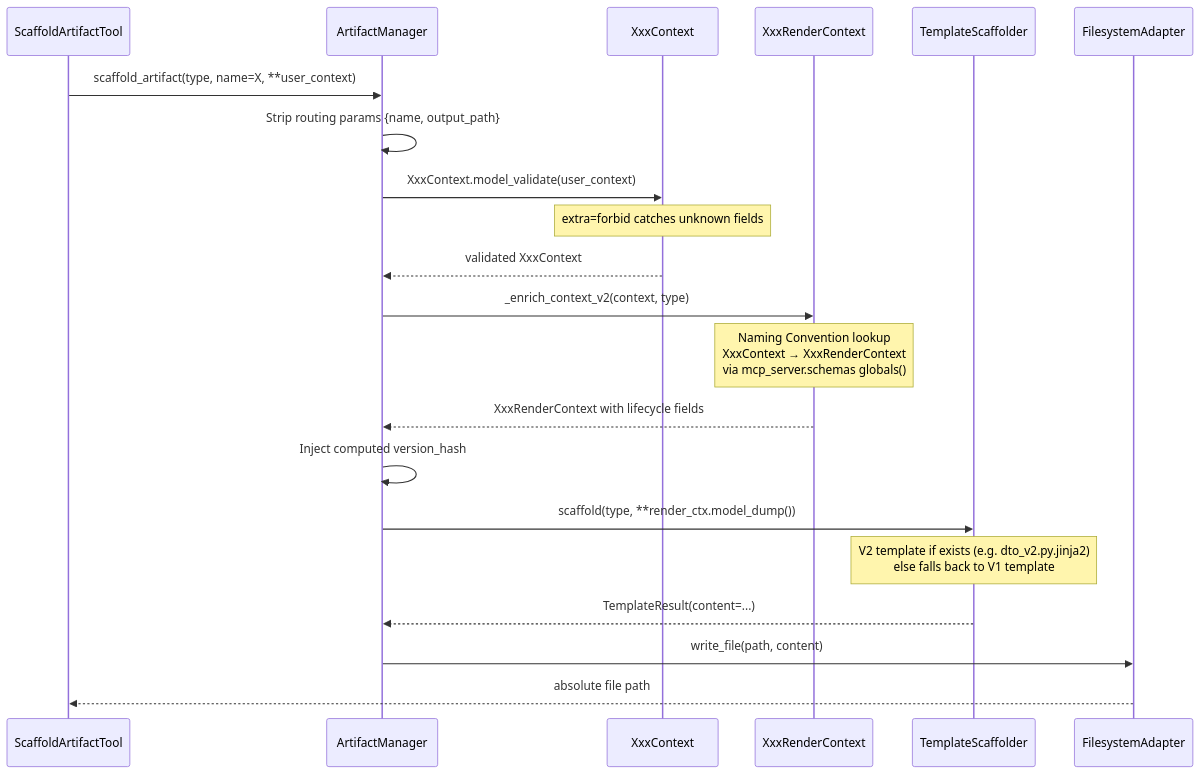
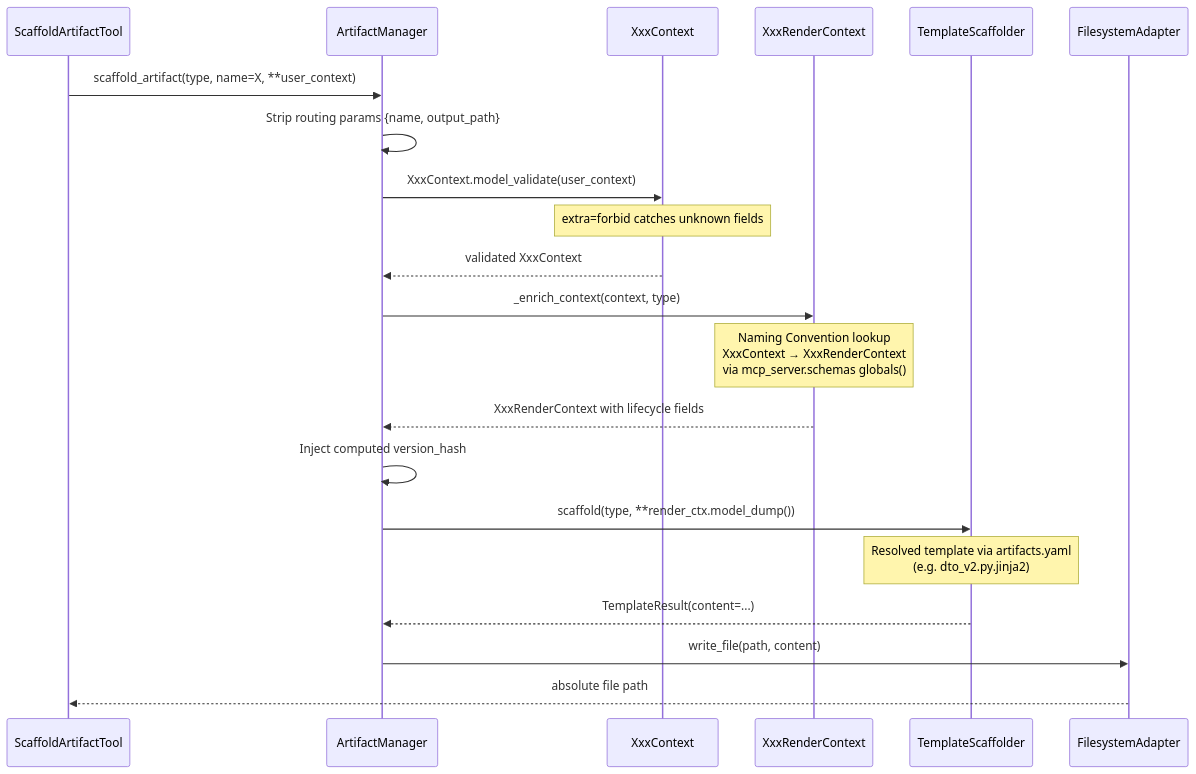
One commit to MikeyVK/phase-gate-mcp changed the second of 2 diagrams in docs/reference/schema-template-maintenance.md. Above: the diagram before and after it, drawn with Mermaid. The commit also changed other lines of this file and 10 other files, not shown here.

````diff
--- a/docs/reference/schema-template-maintenance.md
+++ b/docs/reference/schema-template-maintenance.md
@@ -89,24 +88,24 @@
 ```mermaid
 sequenceDiagram
     participant Tool as ScaffoldArtifactTool
     participant AM as ArtifactManager
     participant Ctx as XxxContext
     participant RC as XxxRenderContext
     participant Scaf as TemplateScaffolder
     participant FS as FilesystemAdapter
 
     Tool->>AM: scaffold_artifact(type, name=X, **user_context)
     AM->>AM: Strip routing params {name, output_path}
     AM->>Ctx: XxxContext.model_validate(user_context)
     Note over Ctx: extra=forbid catches unknown fields
     Ctx-->>AM: validated XxxContext
-    AM->>RC: _enrich_context_v2(context, type)
+    AM->>RC: _enrich_context(context, type)
     Note over RC: Naming Convention lookup<br/>XxxContext → XxxRenderContext<br/>via mcp_server.schemas globals()
     RC-->>AM: XxxRenderContext with lifecycle fields
     AM->>AM: Inject computed version_hash
     AM->>Scaf: scaffold(type, **render_ctx.model_dump())
-    Note over Scaf: V2 template if exists (e.g. dto_v2.py.jinja2)<br/>else falls back to V1 template
+    Note over Scaf: Resolved template via artifacts.yaml<br/>(e.g. dto_v2.py.jinja2)
     Scaf-->>AM: TemplateResult(content=...)
     AM->>FS: write_file(path, content)
     FS-->>Tool: absolute file path
 ```
````
